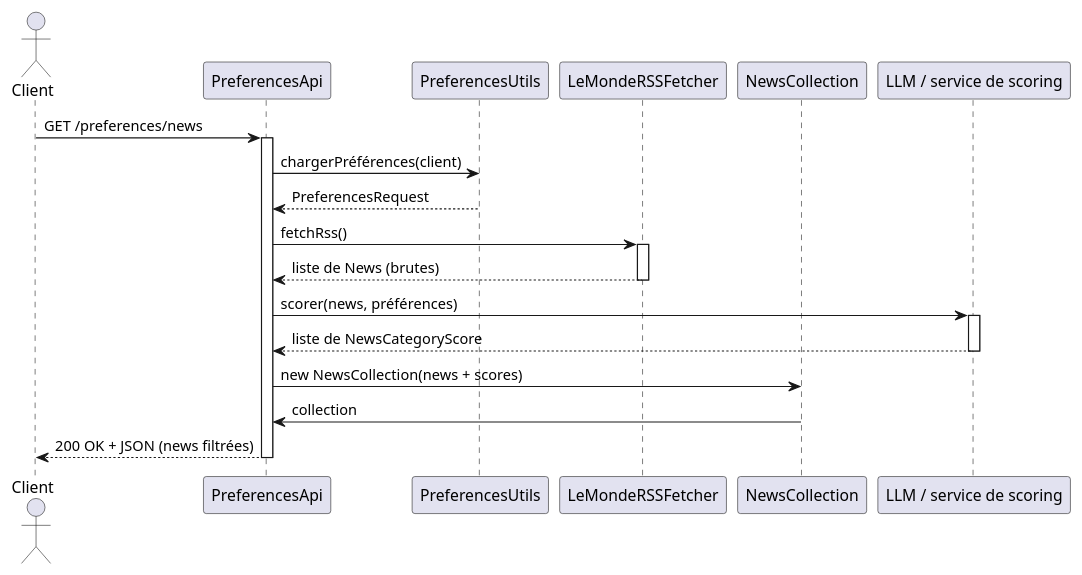
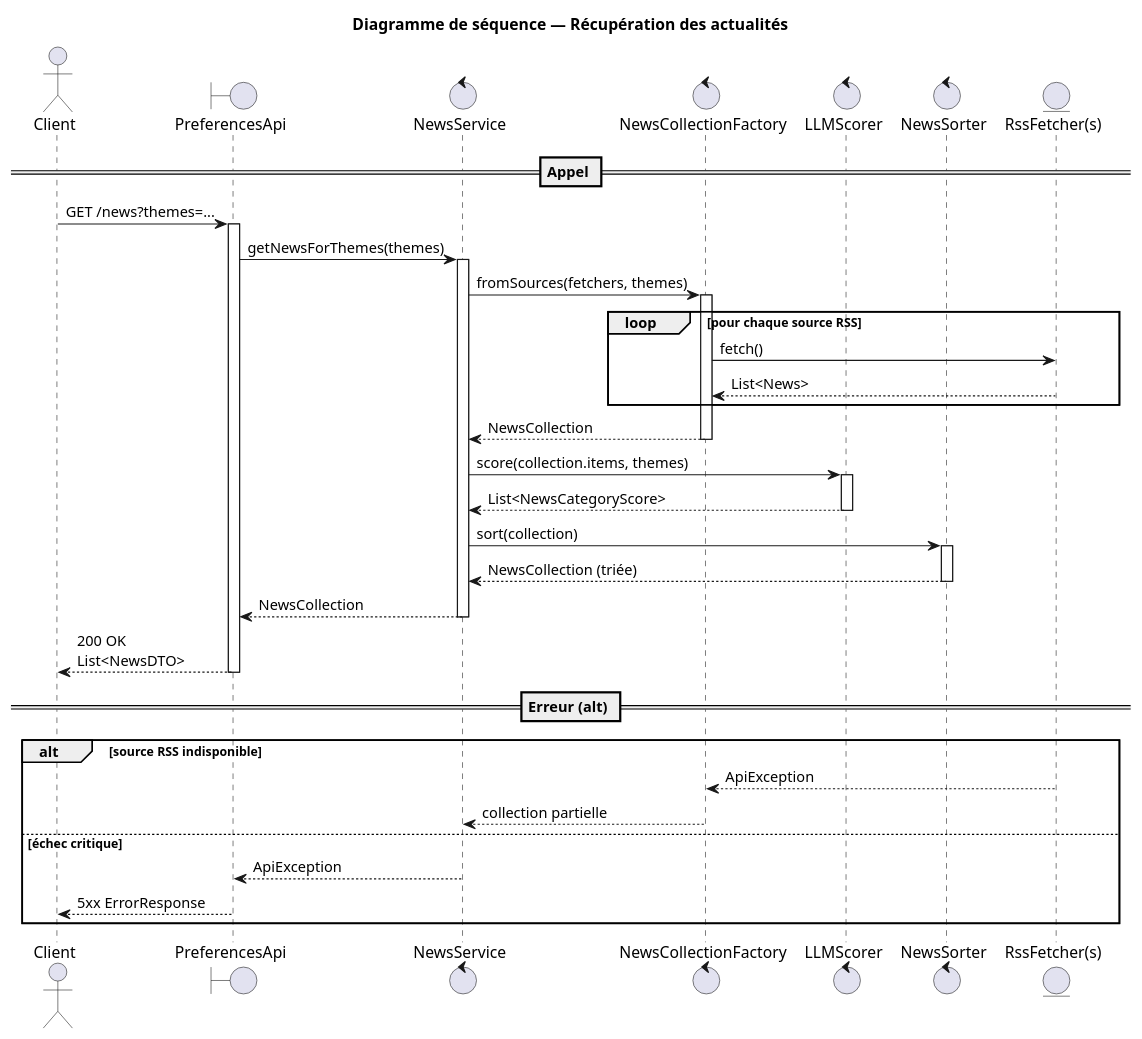
One commit to julesRumeau1/IA-RUMEAU-RESTOUEIX-ENJALBERT changed the diagram in src/docs/diagramme_de_sequence.plantuml. Above: the diagram before and after it, drawn with PlantUML. The commit also changed 3 other files, not shown here.

Commit message:
Revamp du diagramme de classe & de séquence

```diff
--- a/src/docs/diagramme_de_sequence.plantuml
+++ b/src/docs/diagramme_de_sequence.plantuml
@@ -1,31 +1,55 @@
 @startuml
-actor Client as C
+title Diagramme de séquence — Récupération des actualités
 
-participant "PreferencesApi" as Api
-participant "PreferencesUtils" as PrefUtils
-participant "LeMondeRSSFetcher" as Rss
-participant "NewsCollection" as NewsCol
-participant "LLM / service de scoring" as LLM
+actor Client
+boundary "PreferencesApi" as API
+control "NewsService" as Service
+control "NewsCollectionFactory" as Factory
+control "LLMScorer" as Scorer
+control "NewsSorter" as Sorter
+entity "RssFetcher(s)" as Fetchers
 
-C -> Api : GET /preferences/news
-activate Api
+== Appel ==
+Client -> API : GET /news?themes=...
+activate API
 
-Api -> PrefUtils : chargerPréférences(client)
-PrefUtils --> Api : PreferencesRequest
+API -> Service : getNewsForThemes(themes)
+activate Service
 
-Api -> Rss : fetchRss()
-activate Rss
-Rss --> Api : liste de News (brutes)
-deactivate Rss
+Service -> Factory : fromSources(fetchers, themes)
+activate Factory
 
-Api -> LLM : scorer(news, préférences)
-activate LLM
-LLM --> Api : liste de NewsCategoryScore
-deactivate LLM
+loop pour chaque source RSS
+  Factory -> Fetchers : fetch()
+  Fetchers --> Factory : List<News>
+end
 
-Api -> NewsCol : new NewsCollection(news + scores)
-Api <- NewsCol : collection
+Factory --> Service : NewsCollection
+deactivate Factory
 
-Api --> C : 200 OK + JSON (news filtrées)
-deactivate Api
+Service -> Scorer : score(collection.items, themes)
+activate Scorer
+Scorer --> Service : List<NewsCategoryScore>
+deactivate Scorer
+
+Service -> Sorter : sort(collection)
+activate Sorter
+Sorter --> Service : NewsCollection (triée)
+deactivate Sorter
+
+Service --> API : NewsCollection
+deactivate Service
+
+API --> Client : 200 OK\nList<NewsDTO>
+deactivate API
+
+== Erreur (alt) ==
+alt source RSS indisponible
+  Fetchers --> Factory : ApiException
+  Factory --> Service : collection partielle
+else échec critique
+  Service --> API : ApiException
+  API --> Client : 5xx ErrorResponse
+end
+
 @enduml
```
